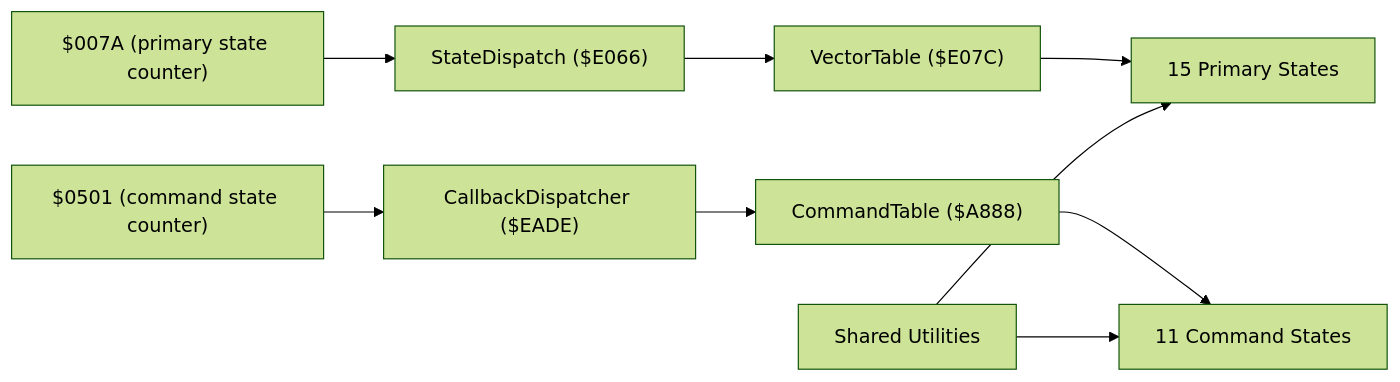
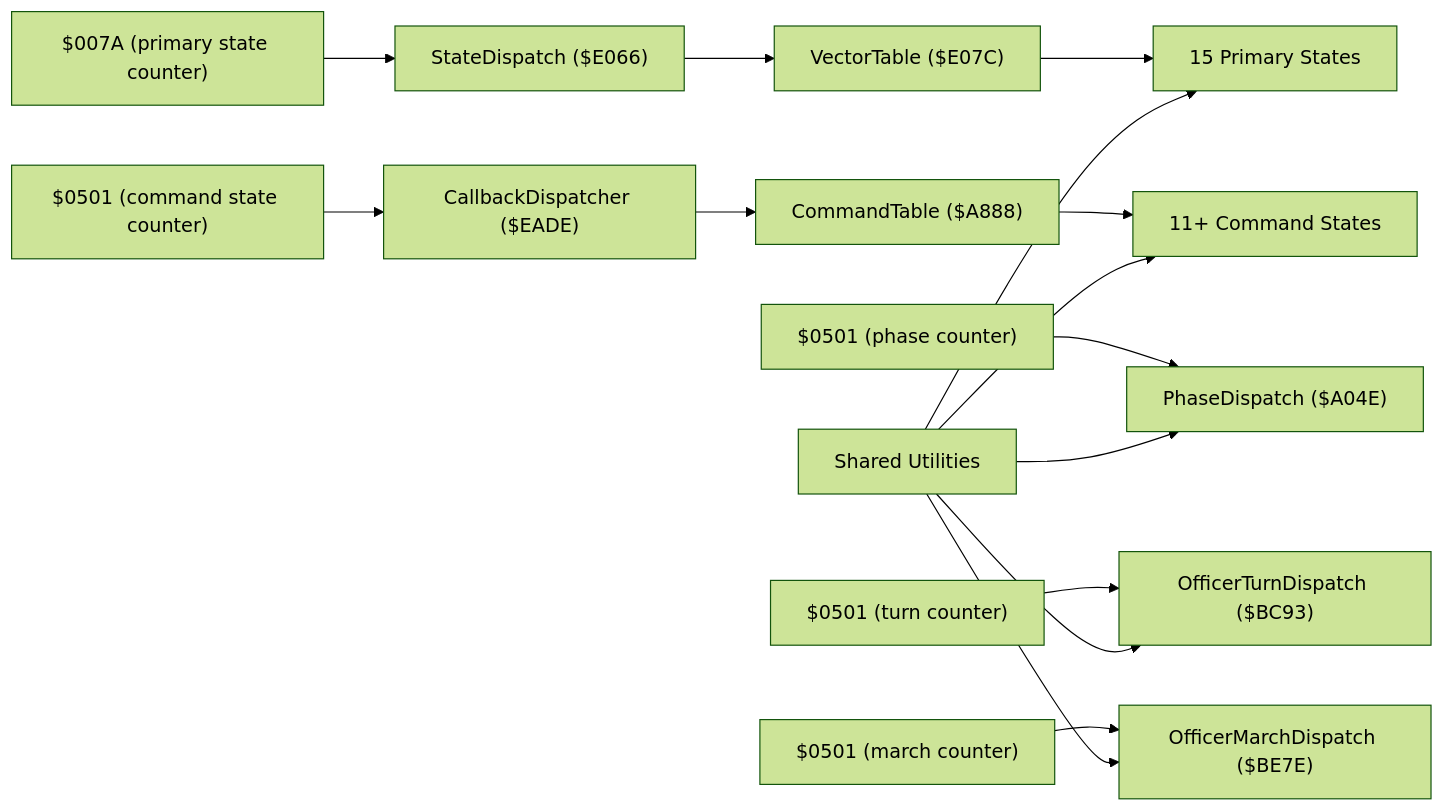
The seventh of 7 diagrams in .qoder/repowiki/en/content/Game State Management/State Machine Architecture/State Machine Architecture.md (rabbyzero/sango2dasm), drawn with Mermaid (forest theme) before and after one commit. The commit also changed other lines of this file and 34 other files, not shown here.

````diff
--- a/.qoder/repowiki/en/content/Game State Management/State Machine Architecture/State Machine Architecture.md
+++ b/.qoder/repowiki/en/content/Game State Management/State Machine Architecture/State Machine Architecture.md
@@ -357,11 +437,17 @@
 ```mermaid
 graph LR
 PrimaryCounter["$007A (primary state counter)"] --> PrimaryDispatch["StateDispatch ($E066)"]
 PrimaryDispatch --> PrimaryVT["VectorTable ($E07C)"]
 PrimaryVT --> PrimaryStates["15 Primary States"]
 CmdCounter["$0501 (command state counter)"] --> CmdDispatch["CallbackDispatcher ($EADE)"]
 CmdDispatch --> CmdVT["CommandTable ($A888)"]
-CmdVT --> CmdStates["11 Command States"]
+CmdVT --> CmdStates["11+ Command States"]
+PhaseCounter["$0501 (phase counter)"] --> PhaseDispatch["PhaseDispatch ($A04E)"]
+TurnCounter["$0501 (turn counter)"] --> TurnDispatch["OfficerTurnDispatch ($BC93)"]
+MarchCounter["$0501 (march counter)"] --> MarchDispatch["OfficerMarchDispatch ($BE7E)"]
 SharedHelpers["Shared Utilities"] --> PrimaryStates
 SharedHelpers --> CmdStates
+SharedHelpers --> PhaseDispatch
+SharedHelpers --> TurnDispatch
+SharedHelpers --> MarchDispatch
 ```
````
